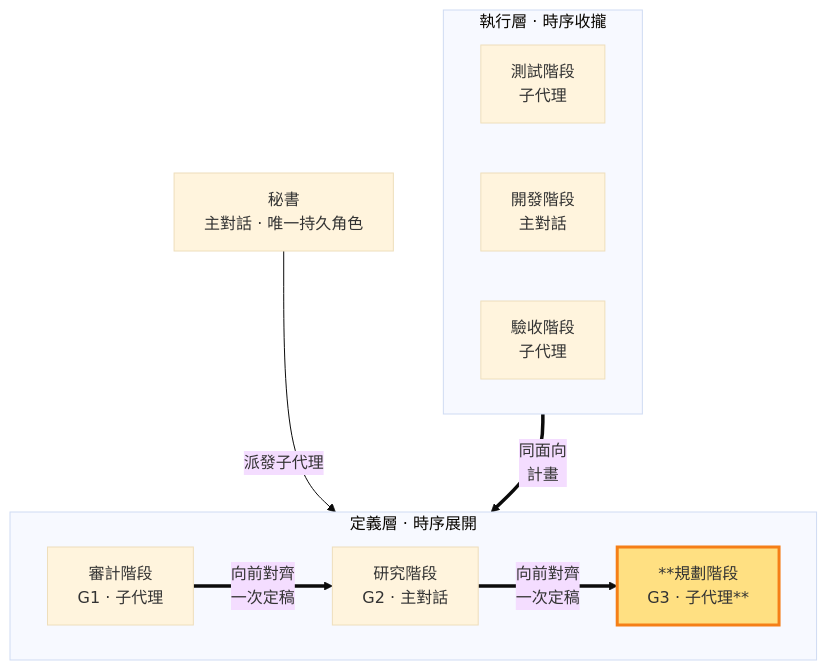
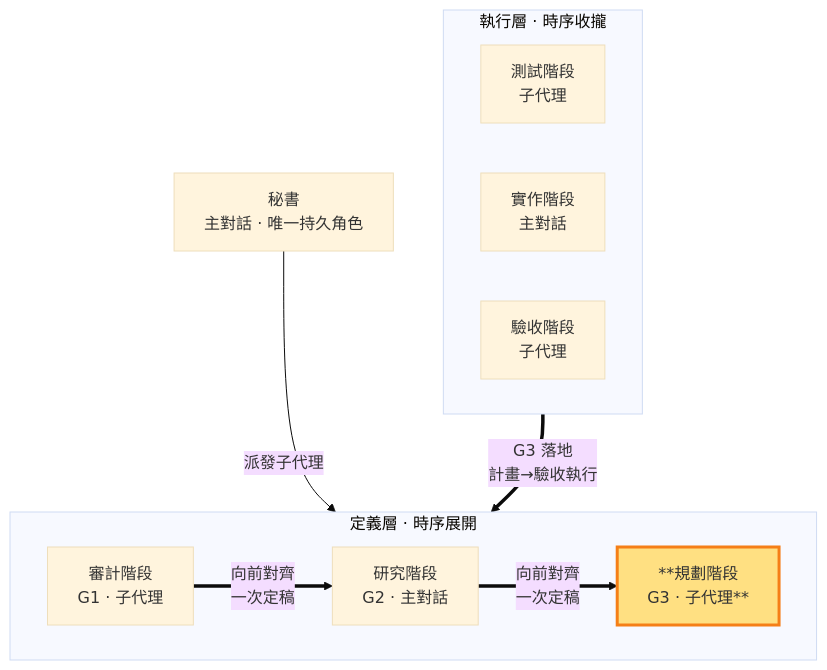
Before and after one commit to teps3105/shiftblame: the diagram in skills/shiftblame/references/PLAN.md, drawn with Mermaid (base theme). The commit also changed other lines of this file and 10 other files, not shown here.

````diff
--- a/skills/shiftblame/references/PLAN.md
+++ b/skills/shiftblame/references/PLAN.md
@@ -16,21 +16,21 @@
 ```mermaid
 flowchart TB
     SEC[秘書<br/>主對話 · 唯一持久角色]
     subgraph Consult["定義層 · 時序展開"]
         direction LR
         AUD["審計階段<br/>G1 · 子代理"]
         RES["研究階段<br/>G2 · 主對話"]
         PLA["**規劃階段<br/>G3 · 子代理**"]:::thisrole
     end
     subgraph Build["執行層 · 時序收攏"]
         direction LR
         TST["測試階段<br/>子代理"]
-        DEV["開發階段<br/>主對話"]
+        DEV["實作階段<br/>主對話"]
         ACC["驗收階段<br/>子代理"]
     end
     SEC -- 派發子代理 --> PLA
-    TST == "同面向<br/>計畫" ==> PLA
+    ACC == "G3 落地<br/>計畫→驗收執行" ==> PLA
     AUD == "向前對齊<br/>一次定稿" ==> RES
     RES == "向前對齊<br/>一次定稿" ==> PLA
     classDef thisrole fill:#ffe082,stroke:#f57f17,stroke-width:3px;
 ```
````
